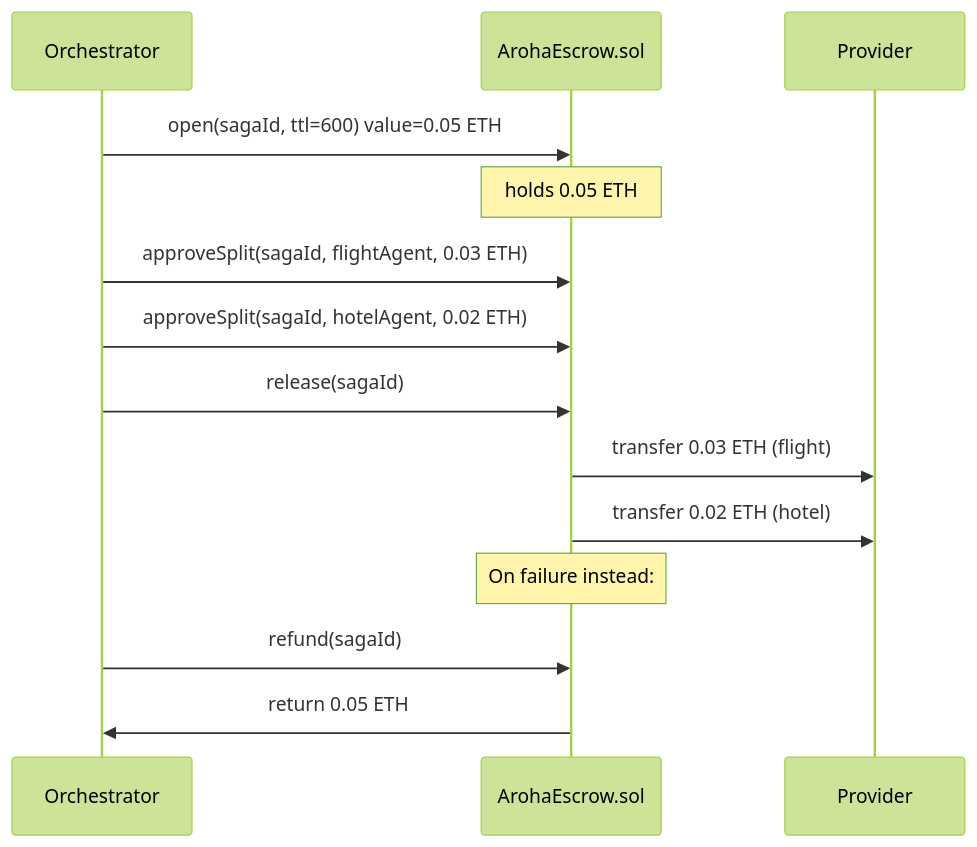
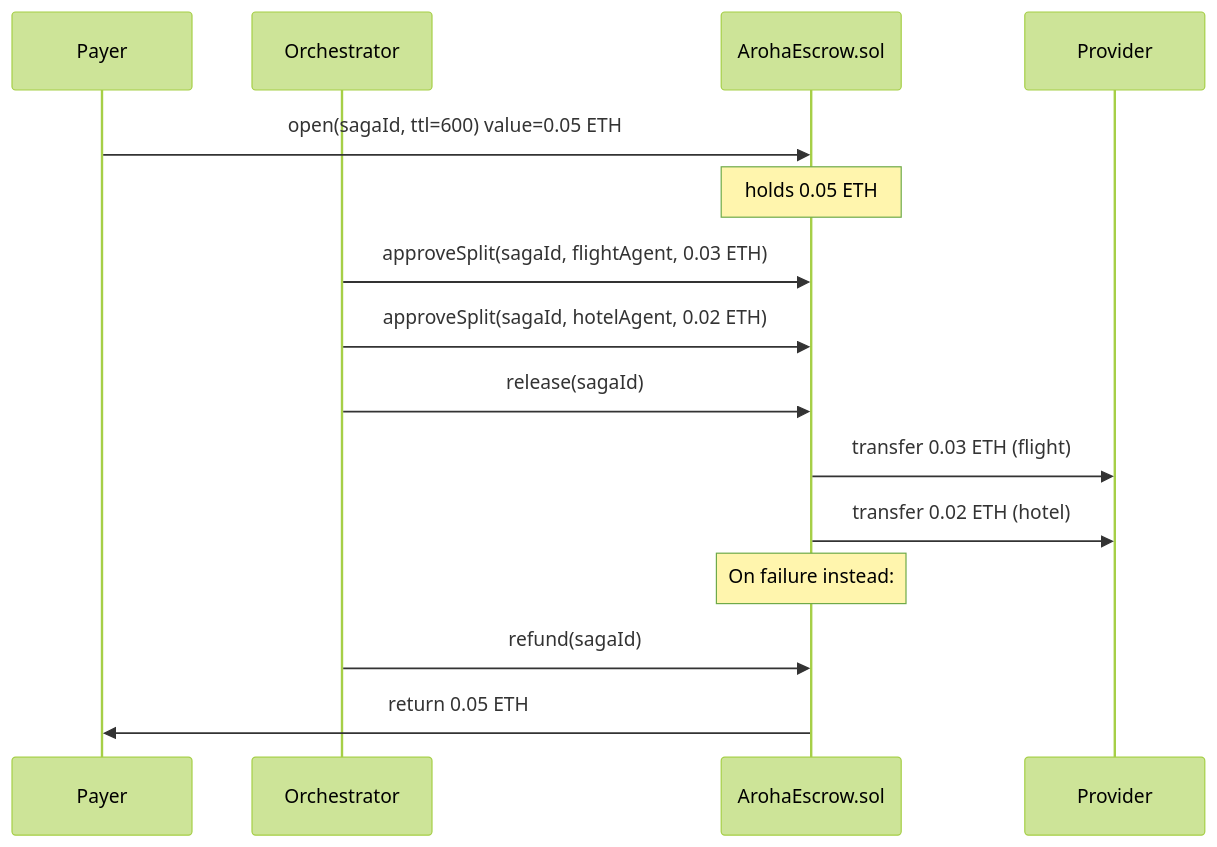
Before and after one commit to ArohaLabs/aroha-protocol: the diagram in docs/contracts/overview.md, drawn with Mermaid (forest theme). The commit also changed other lines of this file and 106 other files, not shown here.

````diff
--- a/docs/contracts/overview.md
+++ b/docs/contracts/overview.md
@@ -153,20 +176,21 @@
 ```mermaid
 sequenceDiagram
+    participant U as Payer
     participant O as Orchestrator
     participant E as ArohaEscrow.sol
     participant P as Provider
 
-    O->>E: open(sagaId, ttl=600) value=0.05 ETH
+    U->>E: open(sagaId, ttl=600) value=0.05 ETH
     Note over E: holds 0.05 ETH
 
     O->>E: approveSplit(sagaId, flightAgent, 0.03 ETH)
     O->>E: approveSplit(sagaId, hotelAgent, 0.02 ETH)
 
     O->>E: release(sagaId)
     E->>P: transfer 0.03 ETH (flight)
     E->>P: transfer 0.02 ETH (hotel)
 
     Note over E: On failure instead:
     O->>E: refund(sagaId)
-    E->>O: return 0.05 ETH
+    E->>U: return 0.05 ETH
 ```
````
